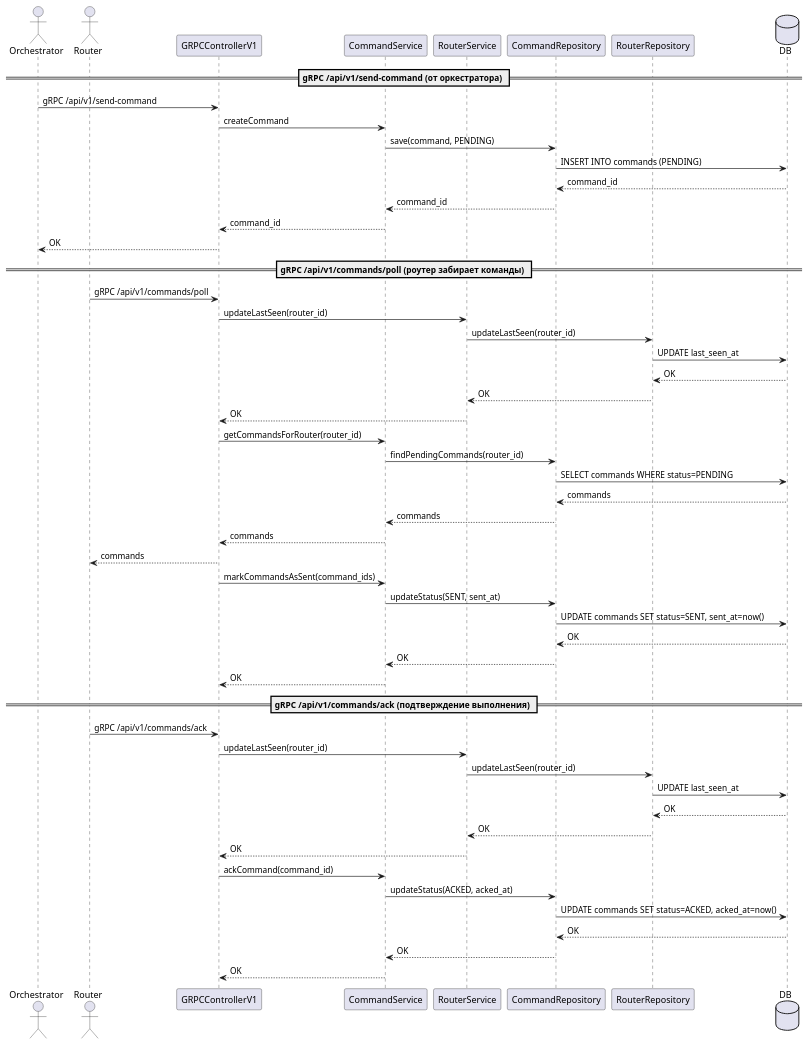
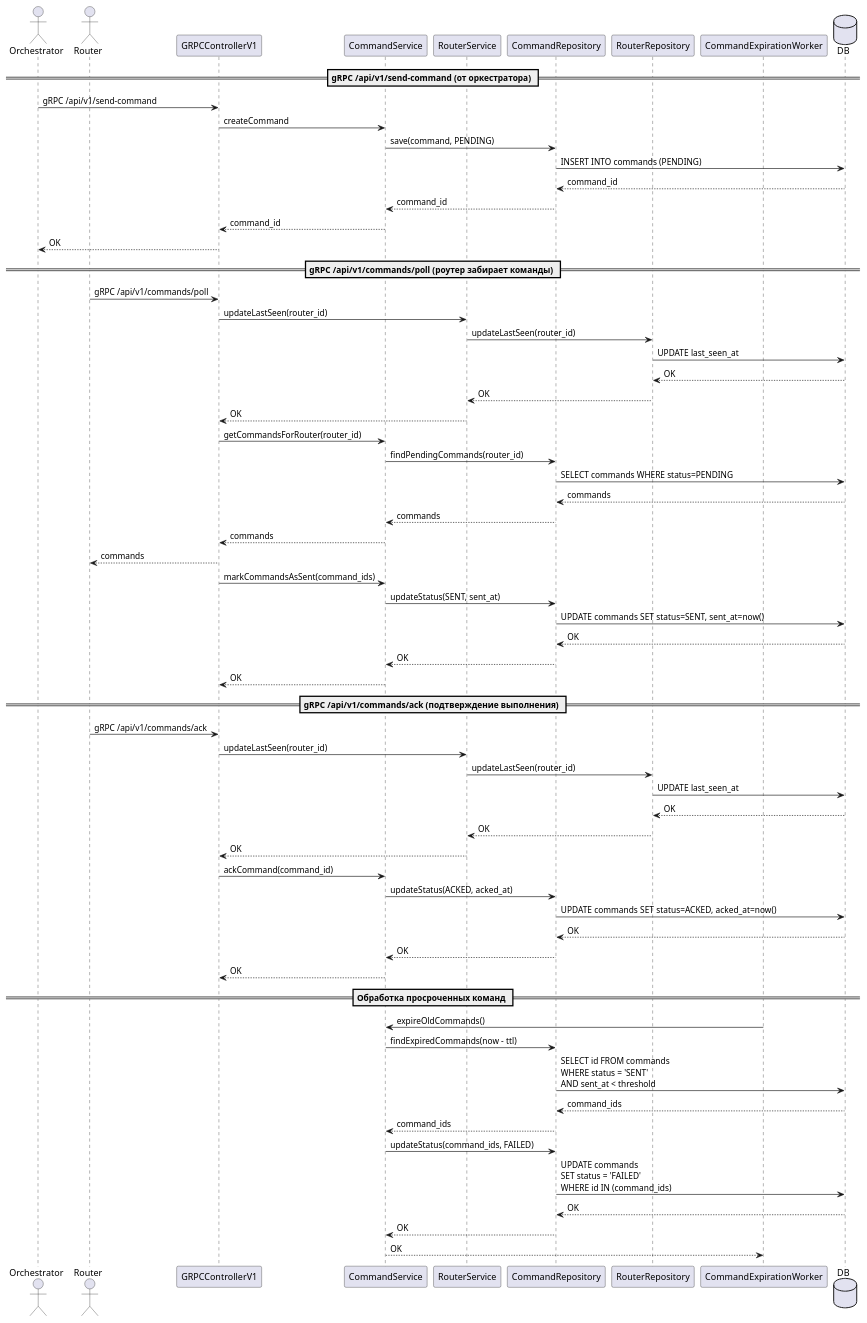
The diagram in router-manager/diagrams/sequence.puml (SinglePlayer56/iot), drawn with PlantUML before and after one commit. The commit also changed 1 other file, not shown here.

Commit message:
Update diagrams

```diff
--- a/router-manager/diagrams/sequence.puml
+++ b/router-manager/diagrams/sequence.puml
@@ -1,66 +1,82 @@
 @startuml
 
 actor Orchestrator
 actor Router
 
 participant "GRPCControllerV1" as GRPC
 participant "CommandService" as CS
 participant "RouterService" as RS
 participant "CommandRepository" as CR
 participant "RouterRepository" as RR
+participant "CommandExpirationWorker" as W
 database "DB" as DB
 
 == gRPC /api/v1/send-command (от оркестратора) ==
 
 Orchestrator -> GRPC : gRPC /api/v1/send-command
 GRPC -> CS : createCommand
 CS -> CR : save(command, PENDING)
 CR -> DB : INSERT INTO commands (PENDING)
 DB --> CR : command_id
 CR --> CS : command_id
 CS --> GRPC : command_id
 GRPC --> Orchestrator : OK
 
 == gRPC /api/v1/commands/poll (роутер забирает команды) ==
 
 Router -> GRPC : gRPC /api/v1/commands/poll
 GRPC -> RS : updateLastSeen(router_id)
 RS -> RR : updateLastSeen(router_id)
 RR -> DB : UPDATE last_seen_at
 DB --> RR: OK
 RR --> RS: OK
 RS --> GRPC: OK
 
 GRPC -> CS : getCommandsForRouter(router_id)
 CS -> CR : findPendingCommands(router_id)
 CR -> DB : SELECT commands WHERE status=PENDING
 DB --> CR : commands
 CR --> CS : commands
 CS --> GRPC : commands
 GRPC --> Router : commands
 
 GRPC -> CS : markCommandsAsSent(command_ids)
 CS -> CR : updateStatus(SENT, sent_at)
 CR -> DB : UPDATE commands SET status=SENT, sent_at=now()
 DB --> CR: OK
 CR --> CS: OK
 CS --> GRPC: OK
 
 == gRPC /api/v1/commands/ack (подтверждение выполнения) ==
 
 Router -> GRPC : gRPC /api/v1/commands/ack
 GRPC -> RS : updateLastSeen(router_id)
 RS -> RR : updateLastSeen(router_id)
 RR -> DB : UPDATE last_seen_at
 DB --> RR: OK
 RR --> RS: OK
 RS --> GRPC: OK
 
 GRPC -> CS : ackCommand(command_id)
 CS -> CR : updateStatus(ACKED, acked_at)
 CR -> DB : UPDATE commands SET status=ACKED, acked_at=now()
 DB --> CR : OK
 CR --> CS : OK
 CS --> GRPC : OK
 
+== Обработка просроченных команд ==
+
+W -> CS : expireOldCommands()
+CS -> CR : findExpiredCommands(now - ttl)
+
+CR -> DB : SELECT id FROM commands\nWHERE status = 'SENT'\nAND sent_at < threshold
+DB --> CR : command_ids
+CR --> CS : command_ids
+
+CS -> CR : updateStatus(command_ids, FAILED)
+CR -> DB : UPDATE commands\nSET status = 'FAILED'\nWHERE id IN (command_ids)
+DB --> CR : OK
+CR --> CS : OK
+CS --> W : OK
+
 @enduml
```
